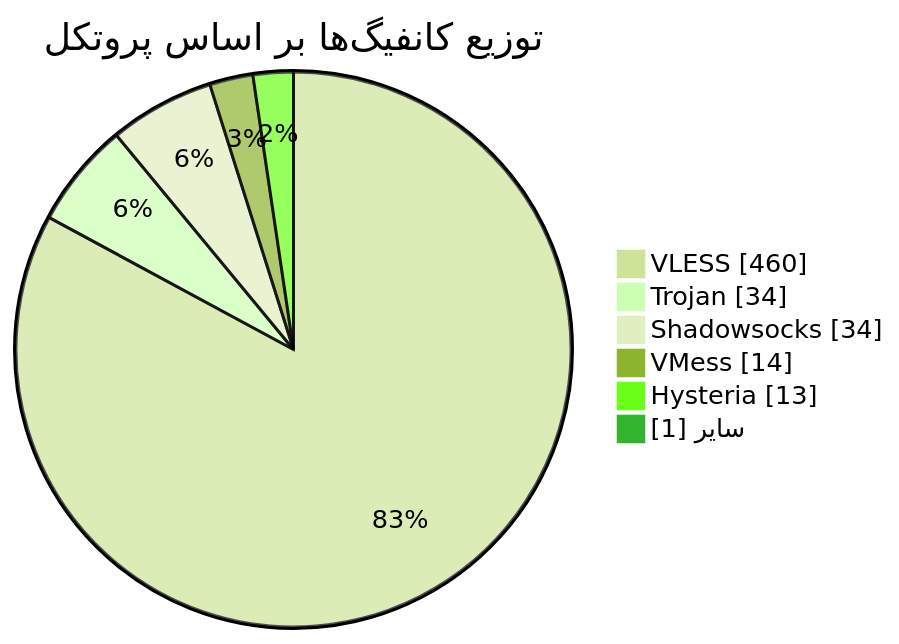
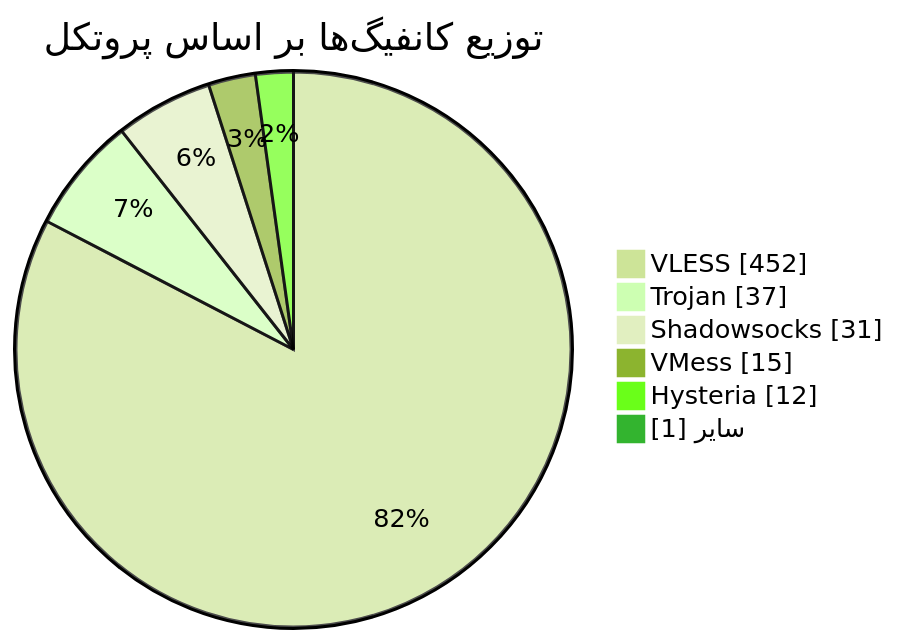
One commit to Arian-Alijani/Somthing changed the diagram in README.md. Above: the diagram before and after it, drawn with Mermaid (forest theme). The commit also changed other lines of this file and 81 other files, not shown here.

````diff
--- a/README.md
+++ b/README.md
@@ -48,10 +48,10 @@
 ```mermaid
 pie showData
     title توزیع کانفیگ‌ها بر اساس پروتکل
-    "VLESS" : 460
-    "Trojan" : 34
-    "Shadowsocks" : 34
-    "VMess" : 14
-    "Hysteria" : 13
+    "VLESS" : 452
+    "Trojan" : 37
+    "Shadowsocks" : 31
+    "VMess" : 15
+    "Hysteria" : 12
     "سایر" : 1
 ```
````
